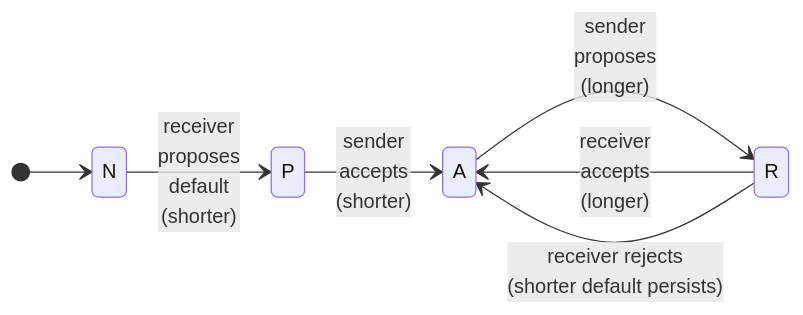
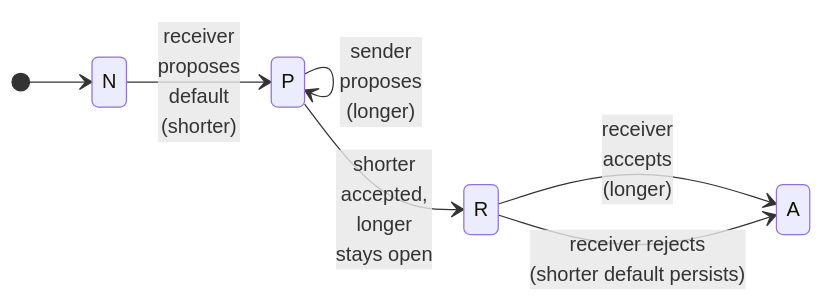
The fourth of 6 diagrams in docs/topics/process_models/em/defaults.md (CERTCC/Vultron), drawn with Mermaid before and after one commit. The commit also changed other lines of this file and 23 other files, not shown here.

````diff
--- a/docs/topics/process_models/em/defaults.md
+++ b/docs/topics/process_models/em/defaults.md
@@ -206,10 +215,10 @@
 ```mermaid
 stateDiagram-v2
     direction LR
     [*] --> N
     N --> P : receiver<br/>proposes<br/>default<br/>(shorter)
-    P --> A : sender<br/>accepts<br/>(shorter)
-    A --> R : sender<br/>proposes<br/>(longer)
+    P --> P : sender<br/>proposes<br/>(longer)
+    P --> R : shorter<br/>accepted,<br/>longer<br/>stays open
     R --> A : receiver<br/>accepts<br/>(longer)
     R --> A : receiver rejects<br/>(shorter default persists)
 ```
````
